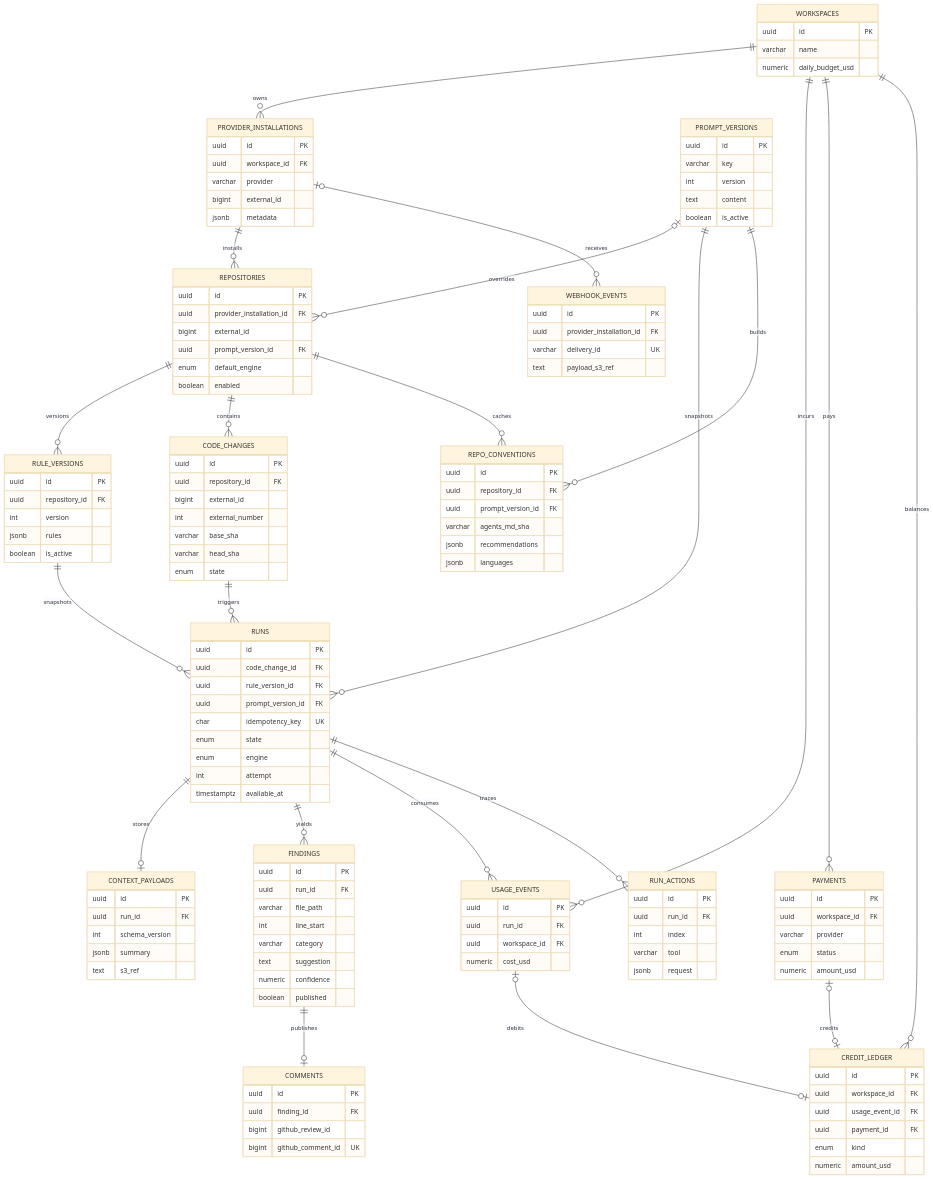
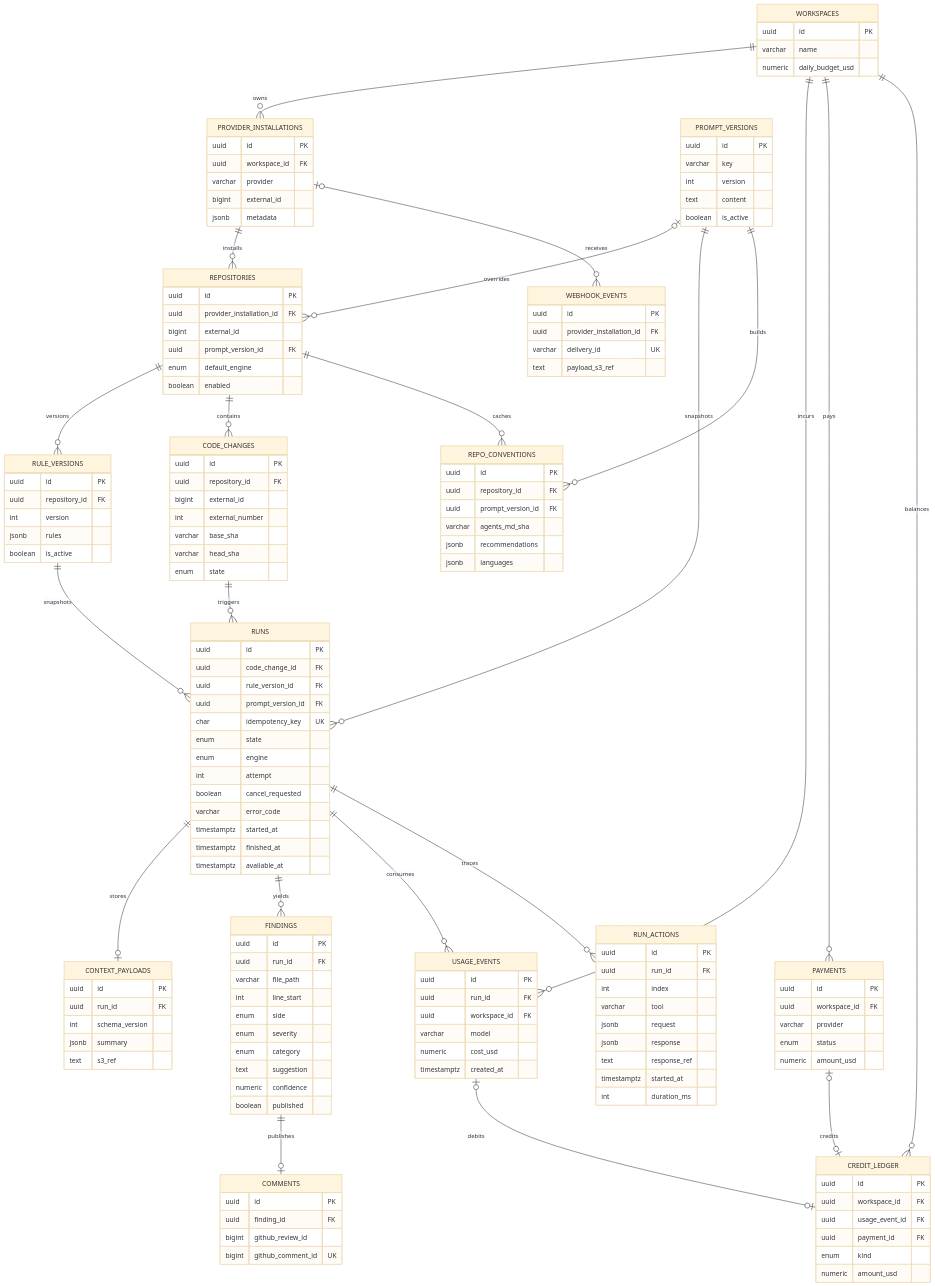
One commit to larchanka-training/dmc-268-api-t6 changed the diagram in docs/erd/erd.mmd. Above: the diagram before and after it, drawn with Mermaid (base theme). The commit also changed 2 other files, not shown here.

Commit message:
docs: update ERD and architecture

```diff
--- a/docs/erd/erd.mmd
+++ b/docs/erd/erd.mmd
@@ -1,142 +1,154 @@
 erDiagram
     WORKSPACES ||--o{ PROVIDER_INSTALLATIONS : owns
     WORKSPACES ||--o{ USAGE_EVENTS : incurs
     WORKSPACES ||--o{ PAYMENTS : pays
     WORKSPACES ||--o{ CREDIT_LEDGER : balances
     PROVIDER_INSTALLATIONS ||--o{ REPOSITORIES : installs
     PROVIDER_INSTALLATIONS o|--o{ WEBHOOK_EVENTS : receives
     PROMPT_VERSIONS o|--o{ REPOSITORIES : overrides
     PROMPT_VERSIONS ||--o{ RUNS : snapshots
     PROMPT_VERSIONS ||--o{ REPO_CONVENTIONS : builds
     REPOSITORIES ||--o{ RULE_VERSIONS : versions
     REPOSITORIES ||--o{ CODE_CHANGES : contains
     REPOSITORIES ||--o{ REPO_CONVENTIONS : caches
     RULE_VERSIONS ||--o{ RUNS : snapshots
     CODE_CHANGES ||--o{ RUNS : triggers
     RUNS ||--o| CONTEXT_PAYLOADS : stores
     RUNS ||--o{ FINDINGS : yields
     RUNS ||--o{ USAGE_EVENTS : consumes
     RUNS ||--o{ RUN_ACTIONS : traces
     FINDINGS ||--o| COMMENTS : publishes
     USAGE_EVENTS o|--o| CREDIT_LEDGER : debits
     PAYMENTS o|--o| CREDIT_LEDGER : credits
 
     WORKSPACES {
       uuid id PK
       varchar name
       numeric daily_budget_usd
     }
     PROVIDER_INSTALLATIONS {
       uuid id PK
       uuid workspace_id FK
       varchar provider
       bigint external_id
       jsonb metadata
     }
     REPOSITORIES {
       uuid id PK
       uuid provider_installation_id FK
       bigint external_id
       uuid prompt_version_id FK
       enum default_engine
       boolean enabled
     }
     CODE_CHANGES {
       uuid id PK
       uuid repository_id FK
       bigint external_id
       int external_number
       varchar base_sha
       varchar head_sha
       enum state
     }
     RUNS {
       uuid id PK
       uuid code_change_id FK
       uuid rule_version_id FK
       uuid prompt_version_id FK
       char idempotency_key UK
       enum state
       enum engine
       int attempt
+      boolean cancel_requested
+      varchar error_code
+      timestamptz started_at
+      timestamptz finished_at
       timestamptz available_at
     }
     CONTEXT_PAYLOADS {
       uuid id PK
       uuid run_id FK
       int schema_version
       jsonb summary
       text s3_ref
     }
     FINDINGS {
       uuid id PK
       uuid run_id FK
       varchar file_path
       int line_start
-      varchar category
+      enum side
+      enum severity
+      enum category
       text suggestion
       numeric confidence
       boolean published
     }
     COMMENTS {
       uuid id PK
       uuid finding_id FK
       bigint github_review_id
       bigint github_comment_id UK
     }
     RULE_VERSIONS {
       uuid id PK
       uuid repository_id FK
       int version
       jsonb rules
       boolean is_active
     }
     PROMPT_VERSIONS {
       uuid id PK
       varchar key
       int version
       text content
       boolean is_active
     }
     WEBHOOK_EVENTS {
       uuid id PK
       uuid provider_installation_id FK
       varchar delivery_id UK
       text payload_s3_ref
     }
     USAGE_EVENTS {
       uuid id PK
       uuid run_id FK
       uuid workspace_id FK
+      varchar model
       numeric cost_usd
+      timestamptz created_at
     }
     PAYMENTS {
       uuid id PK
       uuid workspace_id FK
       varchar provider
       enum status
       numeric amount_usd
     }
     CREDIT_LEDGER {
       uuid id PK
       uuid workspace_id FK
       uuid usage_event_id FK
       uuid payment_id FK
       enum kind
       numeric amount_usd
     }
     REPO_CONVENTIONS {
       uuid id PK
       uuid repository_id FK
       uuid prompt_version_id FK
       varchar agents_md_sha
       jsonb recommendations
       jsonb languages
     }
     RUN_ACTIONS {
       uuid id PK
       uuid run_id FK
       int index
       varchar tool
       jsonb request
+      jsonb response
+      text response_ref
+      timestamptz started_at
+      int duration_ms
     }
```
